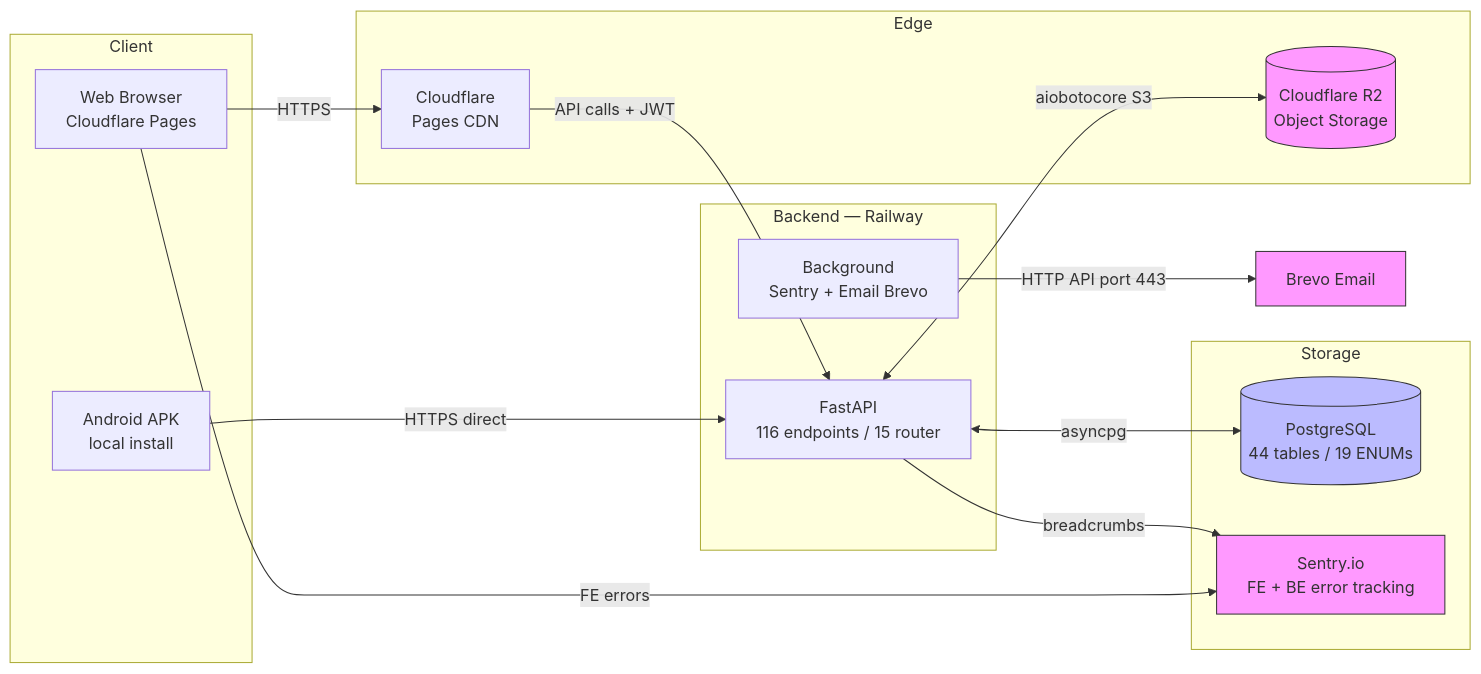
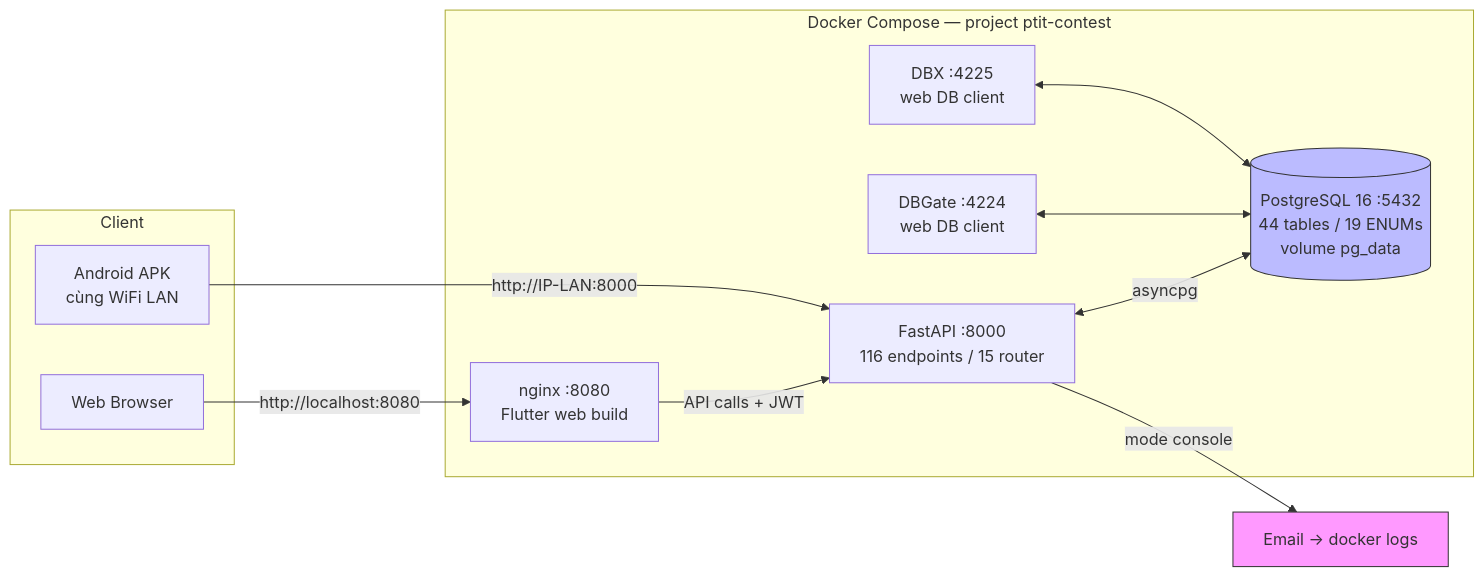
The first of 2 diagrams in README.md (himono792-alt/ptit-contest-mobile-app), drawn with Mermaid before and after one commit. The commit also changed other lines of this file and 442 other files, not shown here.

````diff
--- a/README.md
+++ b/README.md
@@ -95,36 +95,28 @@
 ```mermaid
 flowchart LR
     subgraph Client
-        Web[Web Browser<br/>Cloudflare Pages]
-        APK[Android APK<br/>local install]
+        Web[Web Browser]
+        APK[Android APK<br/>cùng WiFi LAN]
     end
 
-    subgraph Edge
-        CF[Cloudflare<br/>Pages CDN]
-        R2[(Cloudflare R2<br/>Object Storage)]
+    subgraph Docker["Docker Compose — project ptit-contest"]
+        FE[nginx :8080<br/>Flutter web build]
+        API[FastAPI :8000<br/>116 endpoints / 15 router]
+        DB[(PostgreSQL 16 :5432<br/>44 tables / 19 ENUMs<br/>volume pg_data)]
+        DBG[DBGate :4224<br/>web DB client]
+        DBX[DBX :4225<br/>web DB client]
     end
 
-    subgraph Backend["Backend — Railway"]
-        API[FastAPI<br/>116 endpoints / 15 router]
-        Worker[Background<br/>Sentry + Email Brevo]
-    end
-
-    subgraph Storage
-        DB[(PostgreSQL<br/>44 tables / 19 ENUMs)]
-        Sentry[Sentry.io<br/>FE + BE error tracking]
-    end
-
-    Web -->|HTTPS| CF
-    CF -->|API calls + JWT| API
-    APK -->|HTTPS direct| API
+    Web -->|http://localhost:8080| FE
+    FE -->|API calls + JWT| API
+    APK -->|http://IP-LAN:8000| API
     API <-->|asyncpg| DB
-    API <-->|aiobotocore S3| R2
-    API -->|breadcrumbs| Sentry
-    Web -->|FE errors| Sentry
-    Worker -->|HTTP API port 443| Brevo[Brevo Email]
+    DBG <--> DB
+    DBX <--> DB
+    API -->|mode console| Log[Email → docker logs]
 
     classDef external fill:#f9f,stroke:#333,stroke-width:1px
     classDef storage fill:#bbf,stroke:#333,stroke-width:1px
-    class Sentry,Brevo,R2 external
+    class Log external
     class DB storage
 ```
````
